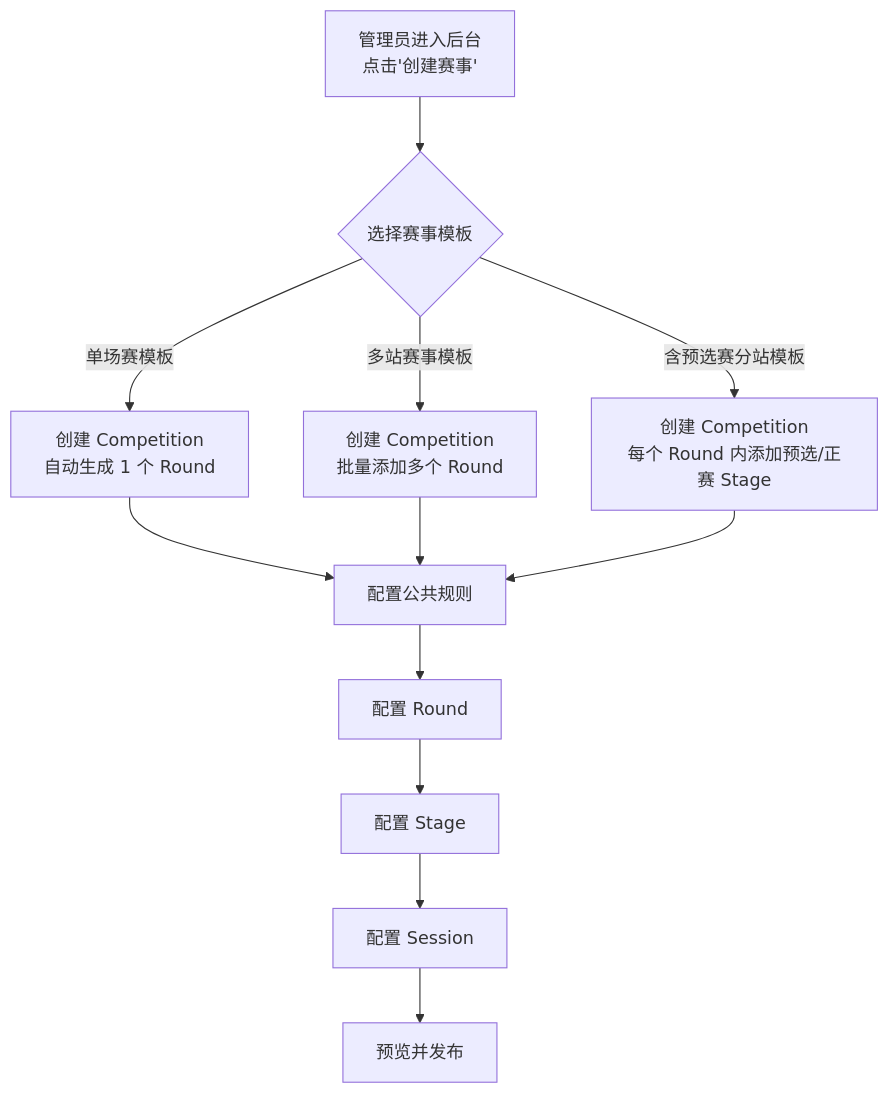
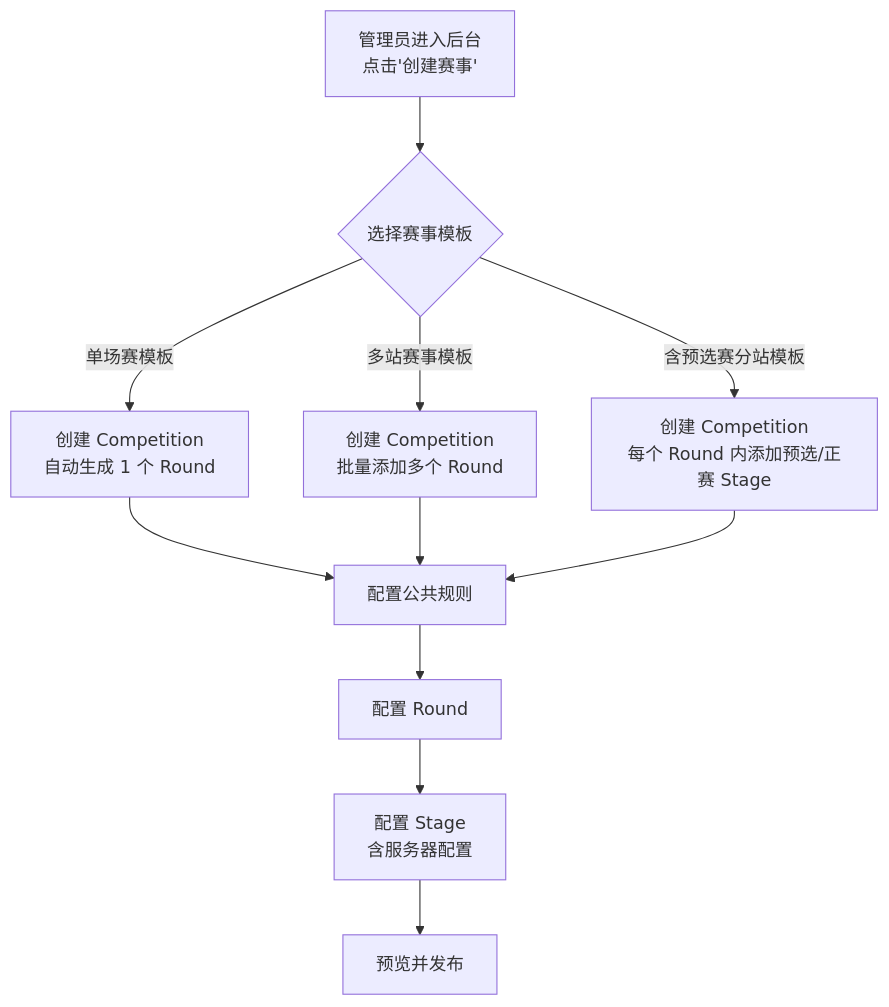
Before and after one commit to SagaLinZP/Racing-Arcade-Admin: the fourth of 13 diagrams in PRD.md, drawn with Mermaid. The commit also changed other lines of this file and 19 other files, not shown here.

````diff
--- a/PRD.md
+++ b/PRD.md
@@ -721,16 +754,15 @@
 ```mermaid
 flowchart TD
     A[管理员进入后台<br/>点击'创建赛事'] --> B{选择赛事模板}
 
     B -->|单场赛模板| C[创建 Competition<br/>自动生成 1 个 Round]
     B -->|多站赛事模板| D[创建 Competition<br/>批量添加多个 Round]
     B -->|含预选赛分站模板| E[创建 Competition<br/>每个 Round 内添加预选/正赛 Stage]
 
     C --> F[配置公共规则]
     D --> F
     E --> F
     F --> G[配置 Round]
-    G --> H[配置 Stage]
-    H --> I[配置 Session]
-    I --> J[预览并发布]
+    G --> H[配置 Stage<br/>含服务器配置]
+    H --> J[预览并发布]
 ```
````
